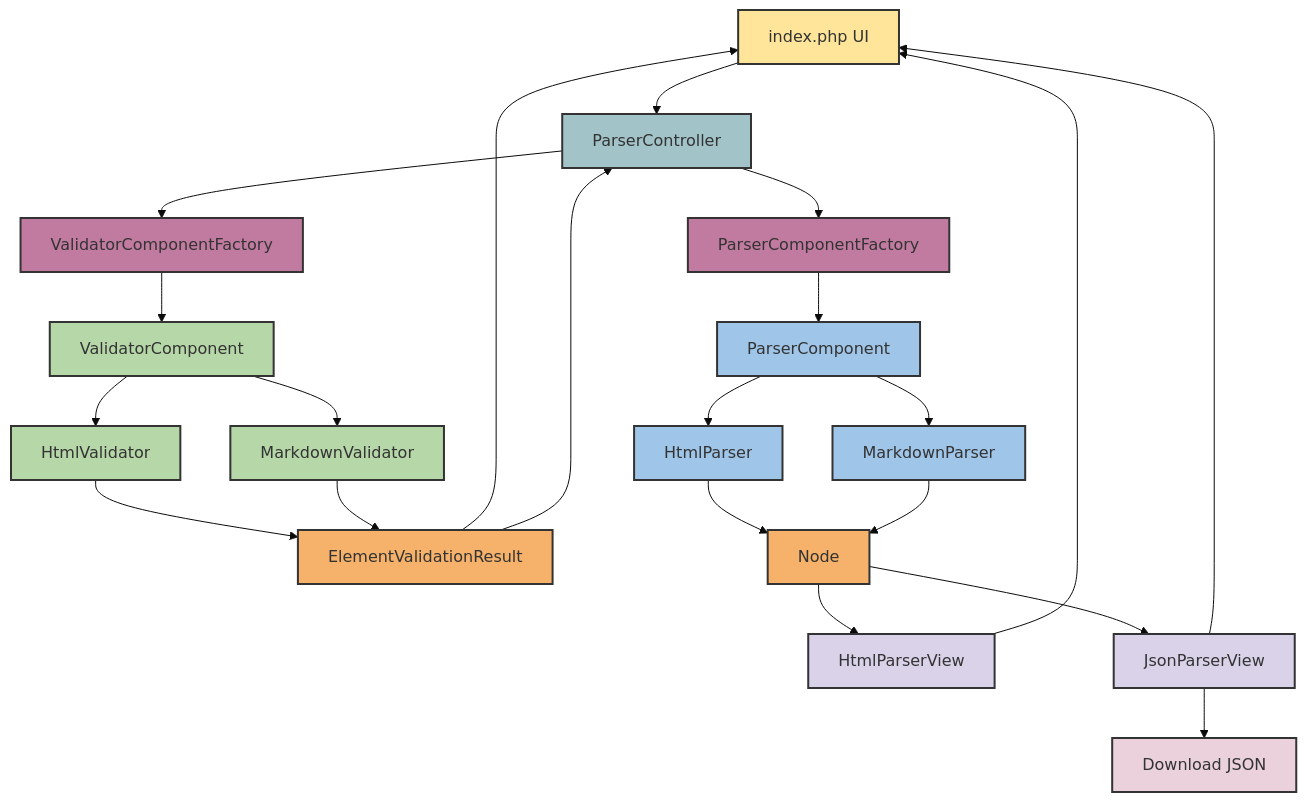
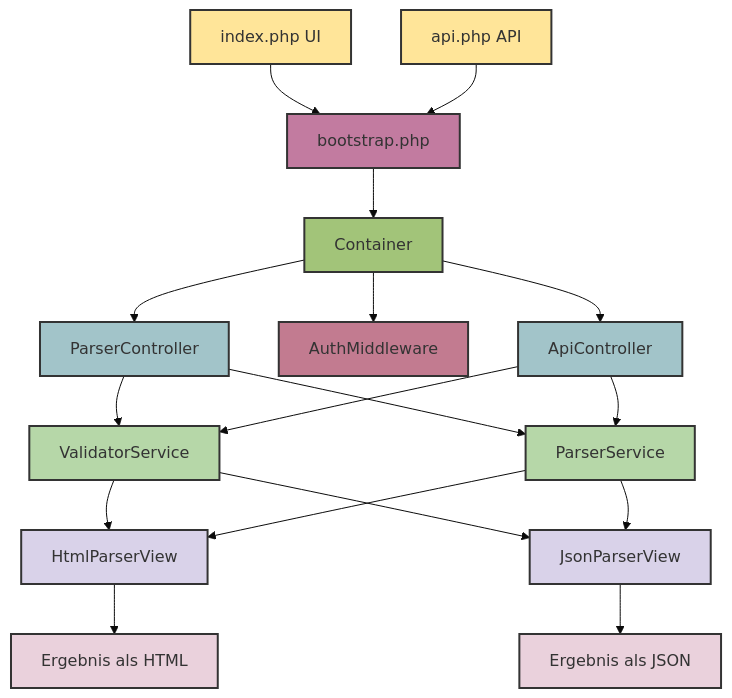
One commit to niccolovettorello1997/docparser-php changed the diagram in README.de.md. Above: the diagram before and after it, drawn with Mermaid (base theme). The commit also changed other lines of this file and 123 other files, not shown here.

Commit message:
refactor(api): refactored the project to be a micro-service

````diff
--- a/README.de.md
+++ b/README.de.md
@@ -80,68 +91,46 @@
 ```mermaid
 flowchart TD
-    %% Entry point / UI
-    A["index.php UI"] --> B["ParserController"]
+    %% Einstiegspunkt UI
+    A["index.php UI"] --> E["bootstrap.php"]
+    E --> O["Container"]
+    O --> B["ParserController"]
 
-    %% Validation
-    B --> C["ValidatorComponentFactory"]
-    C --> D["ValidatorComponent"]
+    %% Einstiegspunkt API
+    C["api.php API"] --> E
+    O --> N["AuthMiddleware"]
+    O --> D["ApiController"]
 
-    %% Validators
-    D --> E["HtmlValidator"]
-    D --> F["MarkdownValidator"]
-
-    %% ElementValidationResult
-    E --> G["ElementValidationResult"]
-    F --> G
-
-    %% Validation fails
-    G --> A
-
-    %% Validation ok
-    G --> B
-
-    %% Parsing
-    B --> H["ParserComponentFactory"]
-    H --> I["ParserComponent"]
-
-    %% Parsers
-    I --> J["HtmlParser"]
-    I --> K["MarkdownParser"]
-
-    %% Node
-    J --> L["Node"]
-    K --> L
+    %% Services
+    B --> F["ValidatorService"]
+    B --> G["ParserService"]
+    D --> F
+    D --> G
 
     %% View
-    L --> M["HtmlParserView"]
-    L --> N["JsonParserView"]
+    F --> H["HtmlParserView"]
+    F --> I["JsonParserView"]
+    G --> H
+    G --> I
 
-    %% Back to UI
-    M --> A
-    N --> A
+    %% Ergebnisse
+    H --> L["Ergebnis als HTML"]
+    I --> M["Ergebnis als JSON"]
 
-    %% Optional: File download
-    N --> O["Download JSON"]
+    classDef entrypoint fill:#ffe599,stroke:#333,stroke-width:2px
+    classDef controller fill:#a2c4c9,stroke:#333,stroke-width:2px
+    classDef container fill:#a2c479,stroke:#333,stroke-width:2px
+    classDef bootstrap fill:#c27ba0,stroke:#333,stroke-width:2px
+    classDef auth fill:#c27b90,stroke:#333,stroke-width:2px
+    classDef service fill:#b6d7a8,stroke:#333,stroke-width:2px
+    classDef view fill:#d9d2e9,stroke:#333,stroke-width:2px
+    classDef result fill:#ead1dc,stroke:#333,stroke-width:2px
 
-    %% ---------------------------
-    %% Style definitions
-    classDef ui fill:#ffe599,stroke:#333,stroke-width:2px
-    classDef controller fill:#a2c4c9,stroke:#333,stroke-width:2px
-    classDef factory fill:#c27ba0,stroke:#333,stroke-width:2px
-    classDef validator fill:#b6d7a8,stroke:#333,stroke-width:2px
-    classDef model fill:#f6b26b,stroke:#333,stroke-width:2px
-    classDef parser fill:#9fc5e8,stroke:#333,stroke-width:2px
-    classDef view fill:#d9d2e9,stroke:#333,stroke-width:2px
-    classDef download fill:#ead1dc,stroke:#333,stroke-width:2px
-
-    %% ---------------------------
-    %% Assign classes
-    class A ui
-    class B controller
-    class C,H factory
-    class D,E,F validator
-    class G,L model
-    class I,J,K parser
-    class M,N view
-    class O download
+    class A,C entrypoint
+    class B,D controller
+    class O container
+    class E bootstrap
+    class N auth
+    class F,G service
+    class H,I view
+    class L,M result
 ```
````
